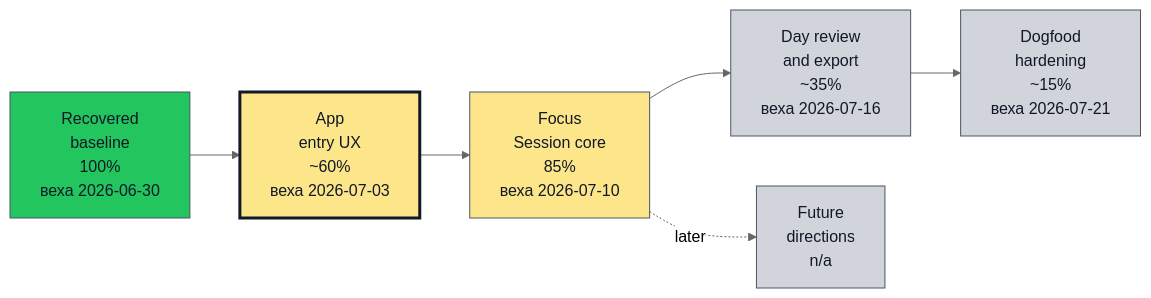
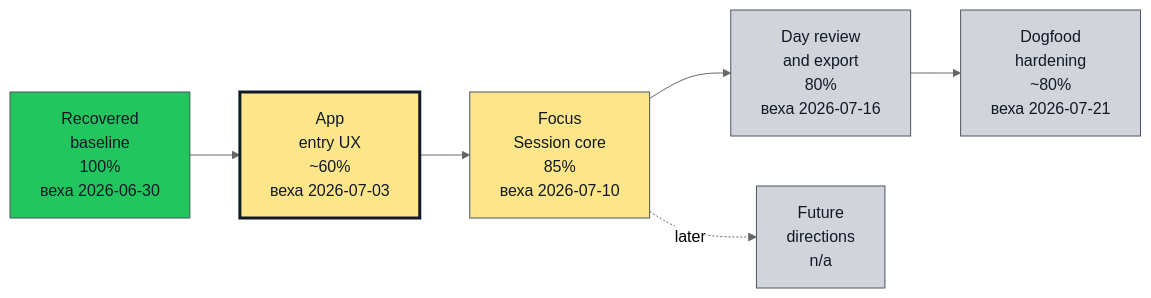
Before and after one commit to asukhodko/timeskein: the first of 2 diagrams in docs/roadmap/opskarta.md, drawn with Mermaid (neutral theme). The commit also changed other lines of this file and 49 other files, not shown here.

Commit message:
Make Timeskein ready for dogfood day

````diff
--- a/docs/roadmap/opskarta.md
+++ b/docs/roadmap/opskarta.md
@@ -18,32 +18,32 @@
 ```mermaid
 flowchart LR
 
     classDef exec_done fill:#22c55e,stroke:#4b5563,color:#111827,stroke-width:1px
     classDef exec_in_progress fill:#0ea5e9,stroke:#4b5563,color:#111827,stroke-width:1px
     classDef exec_blocked fill:#fecaca,stroke:#4b5563,color:#111827,stroke-width:1px
     classDef exec_not_started fill:#9ca3af,stroke:#4b5563,color:#111827,stroke-width:1px
     classDef exec_mgmt_green fill:#86efac,stroke:#4b5563,color:#111827,stroke-width:1px
     classDef exec_mgmt_yellow fill:#fde68a,stroke:#4b5563,color:#111827,stroke-width:1px
     classDef exec_mgmt_red fill:#fca5a5,stroke:#4b5563,color:#111827,stroke-width:1px
     classDef exec_mgmt_neutral fill:#d1d5db,stroke:#4b5563,color:#111827,stroke-width:1px
 
     recovered_baseline["Recovered<br/>baseline<br/>100%<br/>веха 2026-06-30"]
     class recovered_baseline exec_done
     app_entry_ux["App<br/>entry UX<br/>~60%<br/>веха 2026-07-03"]
     class app_entry_ux exec_mgmt_yellow
     style app_entry_ux stroke:#111827,stroke-width:3px
     focus_session_core["Focus<br/>Session core<br/>85%<br/>веха 2026-07-10"]
     class focus_session_core exec_mgmt_yellow
-    day_review_export["Day review<br/>and export<br/>~35%<br/>веха 2026-07-16"]
+    day_review_export["Day review<br/>and export<br/>80%<br/>веха 2026-07-16"]
     class day_review_export exec_mgmt_neutral
-    dogfood_hardening["Dogfood<br/>hardening<br/>~15%<br/>веха 2026-07-21"]
+    dogfood_hardening["Dogfood<br/>hardening<br/>~80%<br/>веха 2026-07-21"]
     class dogfood_hardening exec_mgmt_neutral
     future_directions["Future<br/>directions<br/>n/a"]
     class future_directions exec_mgmt_neutral
 
     recovered_baseline --> app_entry_ux
     app_entry_ux --> focus_session_core
     focus_session_core --> day_review_export
     day_review_export --> dogfood_hardening
     focus_session_core -. later .-> future_directions
 ```
````
